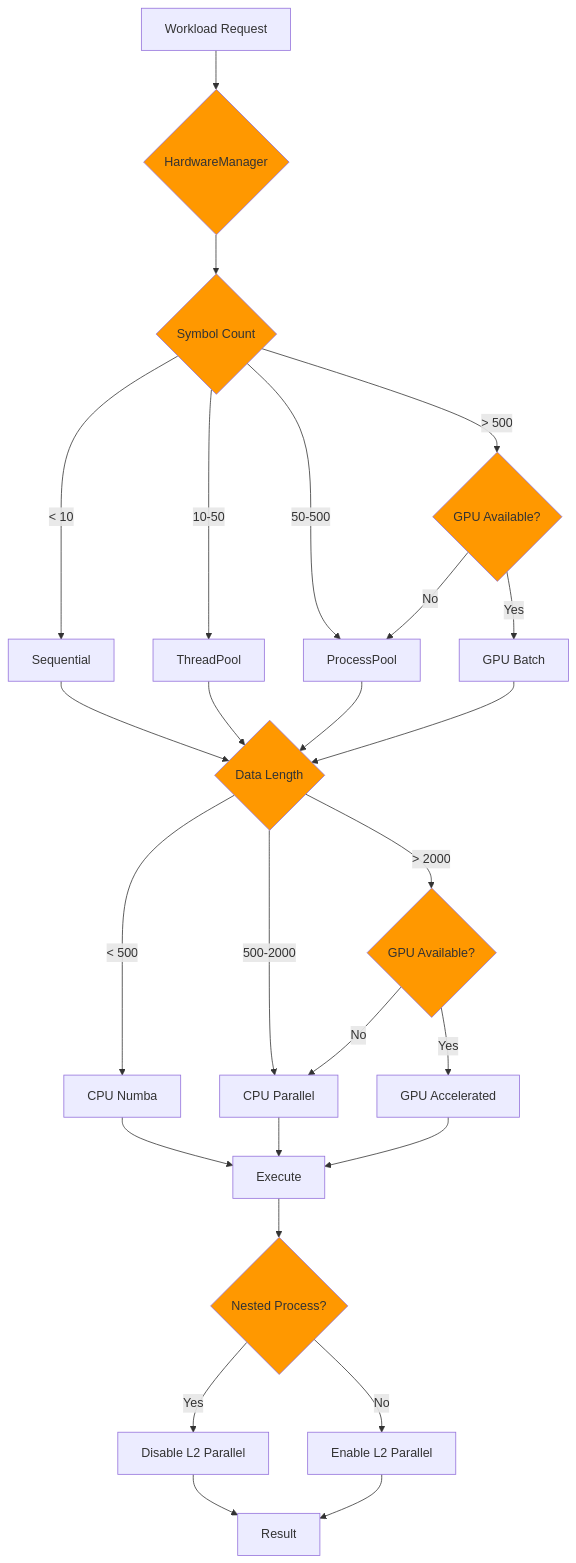
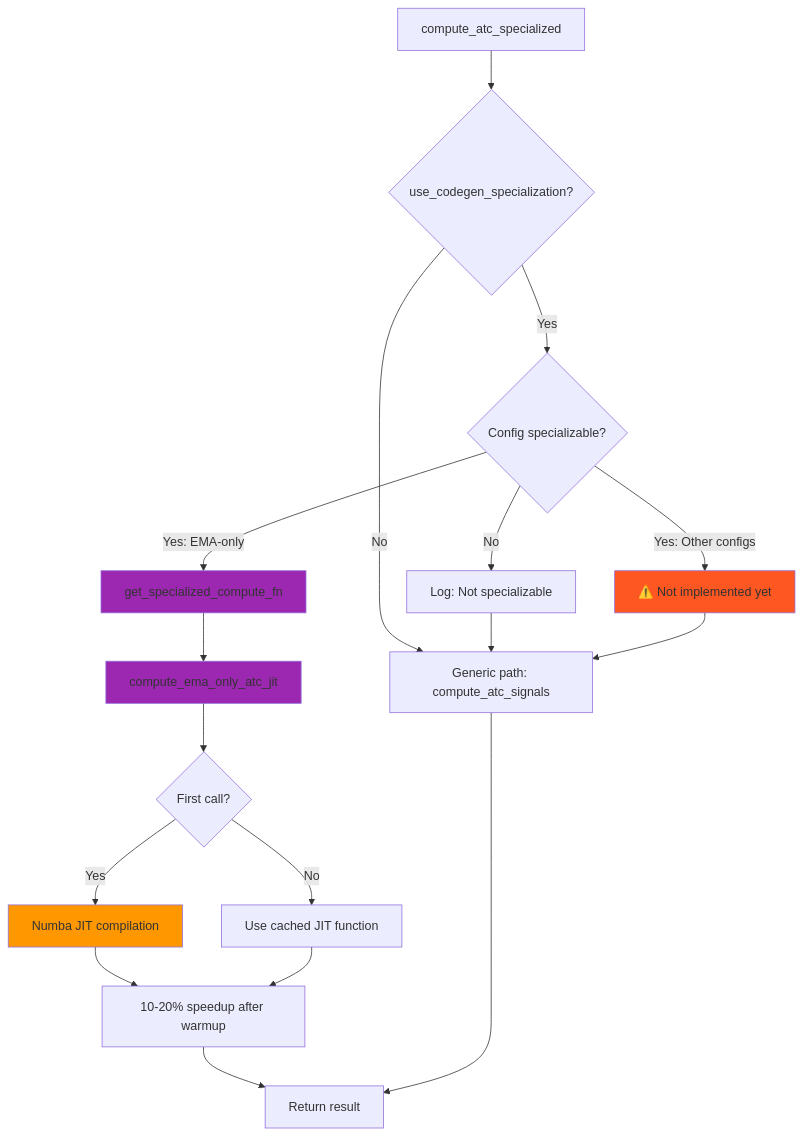
One commit to Nguyenthang2292/Sovereign-IQ changed diagram 11 of 12 in modules/adaptive_trend_LTS/docs/optimization_flow_diagram.md. Above: the diagram before and after it, drawn with Mermaid. The commit also changed other lines of this file and 81 other files, not shown here.

````diff
--- a/modules/adaptive_trend_LTS/docs/optimization_flow_diagram.md
+++ b/modules/adaptive_trend_LTS/docs/optimization_flow_diagram.md
@@ -388,43 +456,31 @@
 ```mermaid
 graph TD
-    A[Workload Request] --> B{HardwareManager}
+    A[compute_atc_specialized] --> B{use_codegen_specialization?}
 
-    B --> C{Symbol Count}
-    C -->|< 10| D[Sequential]
-    C -->|10-50| E[ThreadPool]
-    C -->|50-500| F[ProcessPool]
-    C -->|> 500| G{GPU Available?}
+    B -->|No| Z[Generic path: compute_atc_signals]
+    B -->|Yes| C{Config specializable?}
 
-    G -->|Yes| H[GPU Batch]
-    G -->|No| F
+    C -->|No| D[Log: Not specializable]
+    D --> Z
 
-    D --> I{Data Length}
-    E --> I
-    F --> I
-    H --> I
+    C -->|Yes: EMA-only| E[get_specialized_compute_fn]
+    E --> F[compute_ema_only_atc_jit]
 
-    I -->|< 500| J[CPU Numba]
-    I -->|500-2000| K[CPU Parallel]
-    I -->|> 2000| L{GPU Available?}
+    F --> G{First call?}
+    G -->|Yes| H[Numba JIT compilation]
+    G -->|No| I[Use cached JIT function]
 
-    L -->|Yes| M[GPU Accelerated]
-    L -->|No| K
+    H --> J[10-20% speedup after warmup]
+    I --> J
 
-    J --> N[Execute]
-    K --> N
-    M --> N
+    J --> K[Return result]
+    Z --> K
 
-    N --> O{Nested Process?}
-    O -->|Yes| P[Disable L2 Parallel]
-    O -->|No| Q[Enable L2 Parallel]
+    C -->|Yes: Other configs| L[⚠️ Not implemented yet]
+    L --> Z
 
-    P --> R[Result]
-    Q --> R
-
-    style B fill:#FF9800
-    style C fill:#FF9800
-    style G fill:#FF9800
-    style I fill:#FF9800
-    style L fill:#FF9800
-    style O fill:#FF9800
+    style E fill:#9C27B0
+    style F fill:#9C27B0
+    style H fill:#FF9800
+    style L fill:#FF5722
 ```
````
